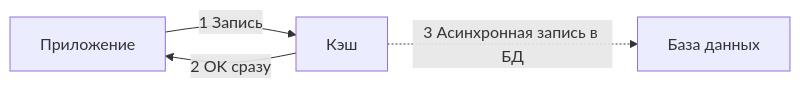
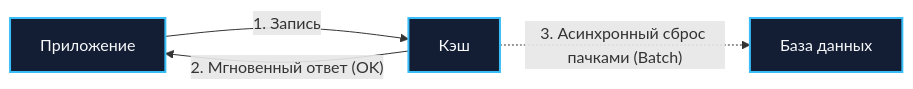
One commit to UnrealTemplier/go-textbook changed the fifth of 6 diagrams in sources/11. Архитектура и System Design/28. Кэширование. Cache Aside, Write Through, Write Back.md. Above: the diagram before and after it, drawn with Mermaid. The commit also changed other lines of this file, not shown here.

````diff
--- a/sources/11. Архитектура и System Design/28. Кэширование. Cache Aside, Write Through, Write Back.md
+++ b/sources/11. Архитектура и System Design/28. Кэширование. Cache Aside, Write Through, Write Back.md
@@ -155,6 +291,9 @@
 ```mermaid
 flowchart LR
-    App["Приложение"] -->|"1 Запись"| Cache["Кэш"]
-    Cache -->|"2 OK сразу"| App
-    Cache -.->|"3 Асинхронная запись в БД"| DB["База данных"]
+    App["Приложение"] -->|"1. Запись"| Cache["Кэш"]
+    Cache -->|"2. Мгновенный ответ (OK)"| App
+    Cache -.->|"3. Асинхронный сброс пачками (Batch)"| DB["База данных"]
+
+    classDef node fill:#131d33,stroke:#38bdf8,stroke-width:2px,color:#f8fafc;
+    class App,Cache,DB node;
 ```
````
